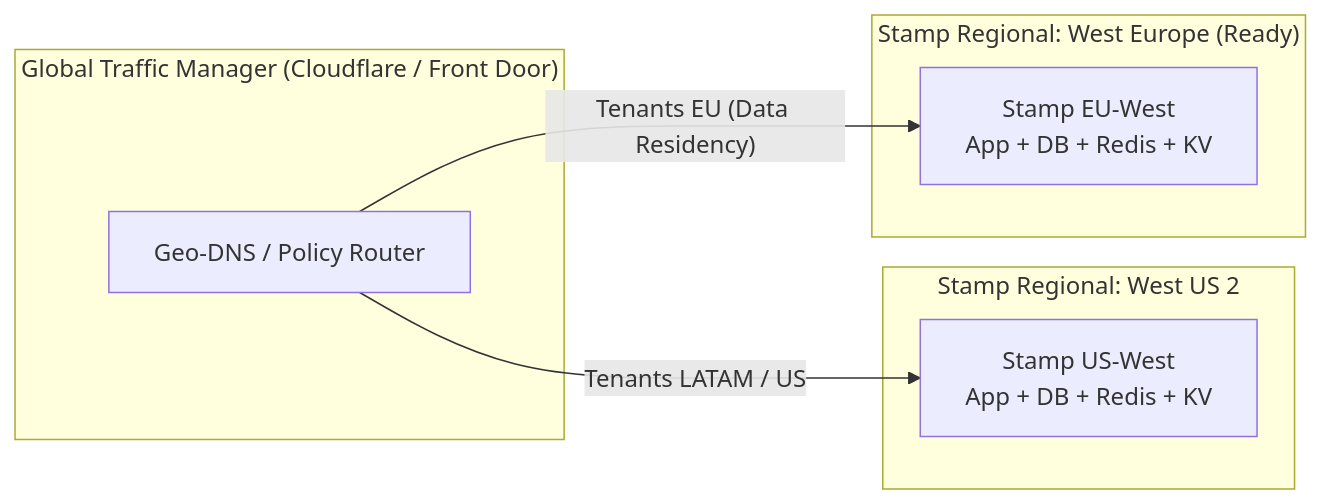
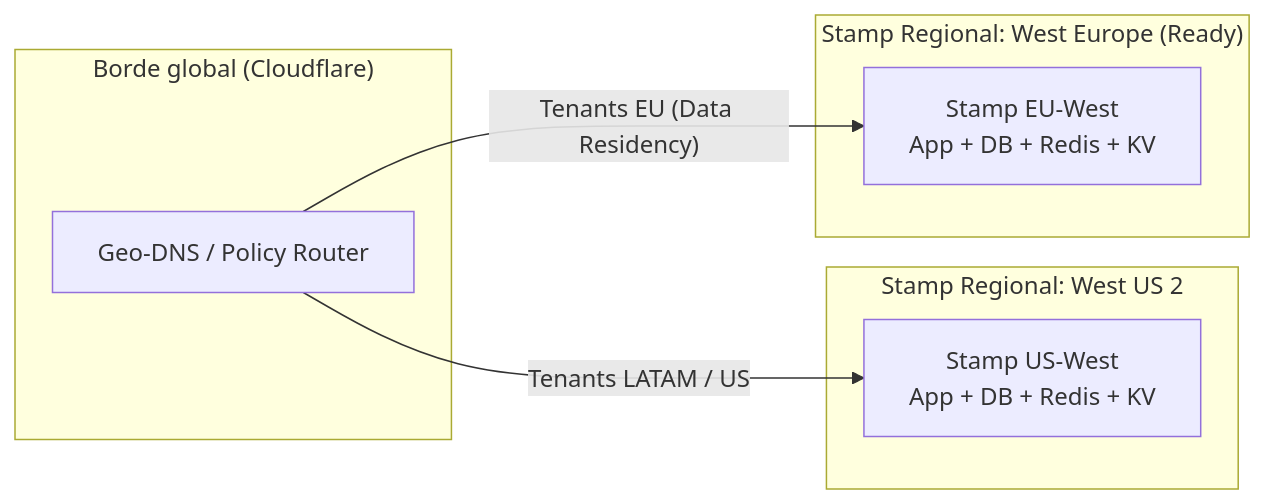
One commit to manny864/finops changed the fifth of 20 diagrams in docs/hld/00-hld-completo.md. Above: the diagram before and after it, drawn with Mermaid. The commit also changed 26 other files, not shown here.

First line of the commit message:
feat(infra): destino A elegido; Front Door sale del Terraform y MySQL 8.4 queda validado

````diff
--- a/docs/hld/00-hld-completo.md
+++ b/docs/hld/00-hld-completo.md
@@ -259,17 +259,17 @@
 ```mermaid
 graph LR
-    subgraph "Global Traffic Manager (Cloudflare / Front Door)"
+    subgraph "Borde global (Cloudflare)"
         GTM["Geo-DNS / Policy Router"]
     end
 
     subgraph "Stamp Regional: West US 2"
         S1["Stamp US-West\nApp + DB + Redis + KV"]
     end
 
     subgraph "Stamp Regional: West Europe (Ready)"
         S2["Stamp EU-West\nApp + DB + Redis + KV"]
     end
 
     GTM -->|"Tenants LATAM / US"| S1
     GTM -->|"Tenants EU (Data Residency)"| S2
 ```
````
